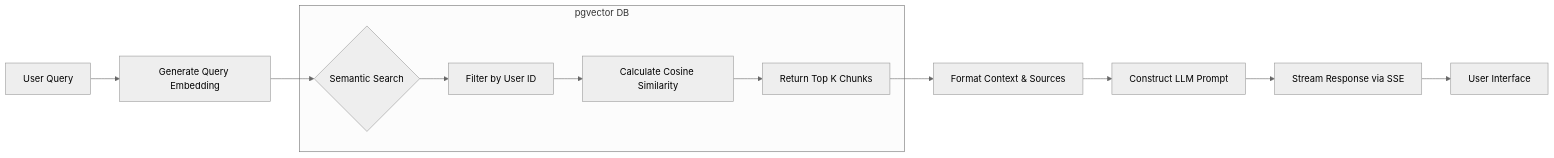
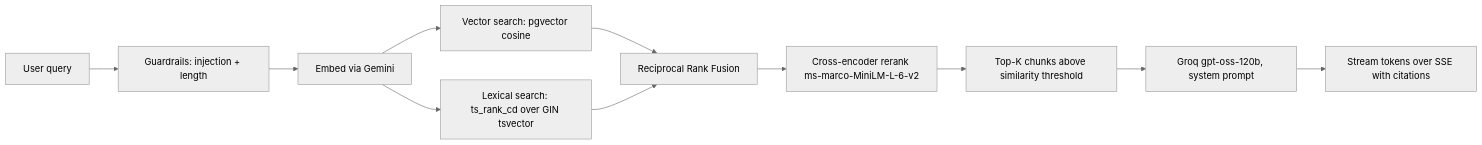
The third of 3 diagrams in ARCHITECTURE.md (Iammilansoni/MiningNiti), drawn with Mermaid (neutral theme) before and after one commit. The commit also changed other lines of this file and 25 other files, not shown here.

````diff
--- a/ARCHITECTURE.md
+++ b/ARCHITECTURE.md
@@ -107,17 +126,13 @@
 ```mermaid
 flowchart LR
-    A[User Query] --> B[Generate Query Embedding]
-    B --> C{Semantic Search}
-    
-    subgraph pgvector DB
-    C --> D[Filter by User ID]
-    D --> E[Calculate Cosine Similarity]
-    E --> F[Return Top K Chunks]
-    end
-    
-    F --> G[Format Context & Sources]
-    G --> H[Construct LLM Prompt]
-    H --> I[Stream Response via SSE]
-    
-    I --> J[User Interface]
+    A[User query] --> G[Guardrails: injection + length]
+    G --> B[Embed via Gemini]
+    B --> C[Vector search: pgvector cosine]
+    B --> D[Lexical search: ts_rank_cd over GIN tsvector]
+    C --> E[Reciprocal Rank Fusion]
+    D --> E
+    E --> F[Cross-encoder rerank ms-marco-MiniLM-L-6-v2]
+    F --> H[Top-K chunks above similarity threshold]
+    H --> I[Groq gpt-oss-120b, system prompt]
+    I --> J[Stream tokens over SSE with citations]
 ```
````
